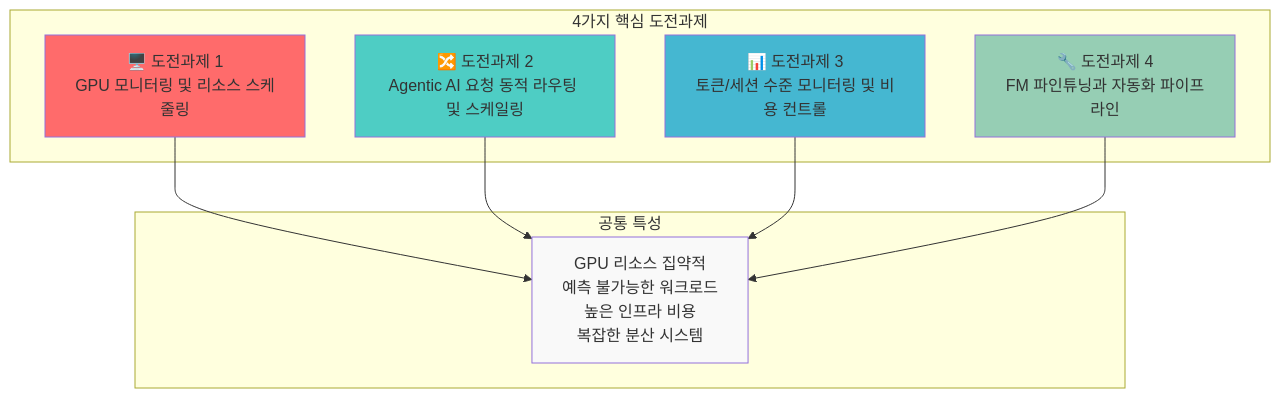
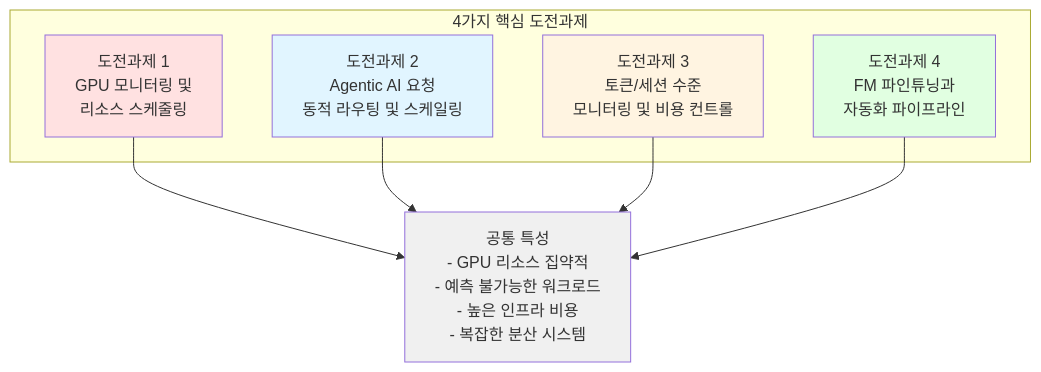
The first of 16 diagrams in docs/agentic-ai-platform/design-architecture/agentic-ai-challenges.md (devfloor9/engineering-playbook), drawn with Mermaid before and after one commit. The commit also changed other lines of this file and 24 other files, not shown here.

````diff
--- a/docs/agentic-ai-platform/design-architecture/agentic-ai-challenges.md
+++ b/docs/agentic-ai-platform/design-architecture/agentic-ai-challenges.md
@@ -27,24 +27,22 @@
 ```mermaid
-graph TB
-    subgraph "4가지 핵심 도전과제"
-        C1["🖥️ 도전과제 1<br/>GPU 모니터링 및 리소스 스케줄링"]
-        C2["🔀 도전과제 2<br/>Agentic AI 요청 동적 라우팅 및 스케일링"]
-        C3["📊 도전과제 3<br/>토큰/세션 수준 모니터링 및 비용 컨트롤"]
-        C4["🔧 도전과제 4<br/>FM 파인튜닝과 자동화 파이프라인"]
+flowchart TD
+    subgraph Challenges["4가지 핵심 도전과제"]
+        C1["도전과제 1<br/>GPU 모니터링 및<br/>리소스 스케줄링"]
+        C2["도전과제 2<br/>Agentic AI 요청<br/>동적 라우팅 및 스케일링"]
+        C3["도전과제 3<br/>토큰/세션 수준<br/>모니터링 및 비용 컨트롤"]
+        C4["도전과제 4<br/>FM 파인튜닝과<br/>자동화 파이프라인"]
     end
 
-    subgraph "공통 특성"
-        COMMON["GPU 리소스 집약적<br/>예측 불가능한 워크로드<br/>높은 인프라 비용<br/>복잡한 분산 시스템"]
-    end
+    COMMON["공통 특성<br/>- GPU 리소스 집약적<br/>- 예측 불가능한 워크로드<br/>- 높은 인프라 비용<br/>- 복잡한 분산 시스템"]
 
     C1 --> COMMON
     C2 --> COMMON
     C3 --> COMMON
     C4 --> COMMON
 
-    style C1 fill:#ff6b6b
-    style C2 fill:#4ecdc4
-    style C3 fill:#45b7d1
-    style C4 fill:#96ceb4
-    style COMMON fill:#f9f9f9
+    style C1 fill:#ffe1e1
+    style C2 fill:#e1f5ff
+    style C3 fill:#fff4e1
+    style C4 fill:#e1ffe1
+    style COMMON fill:#f0f0f0
 ```
````
